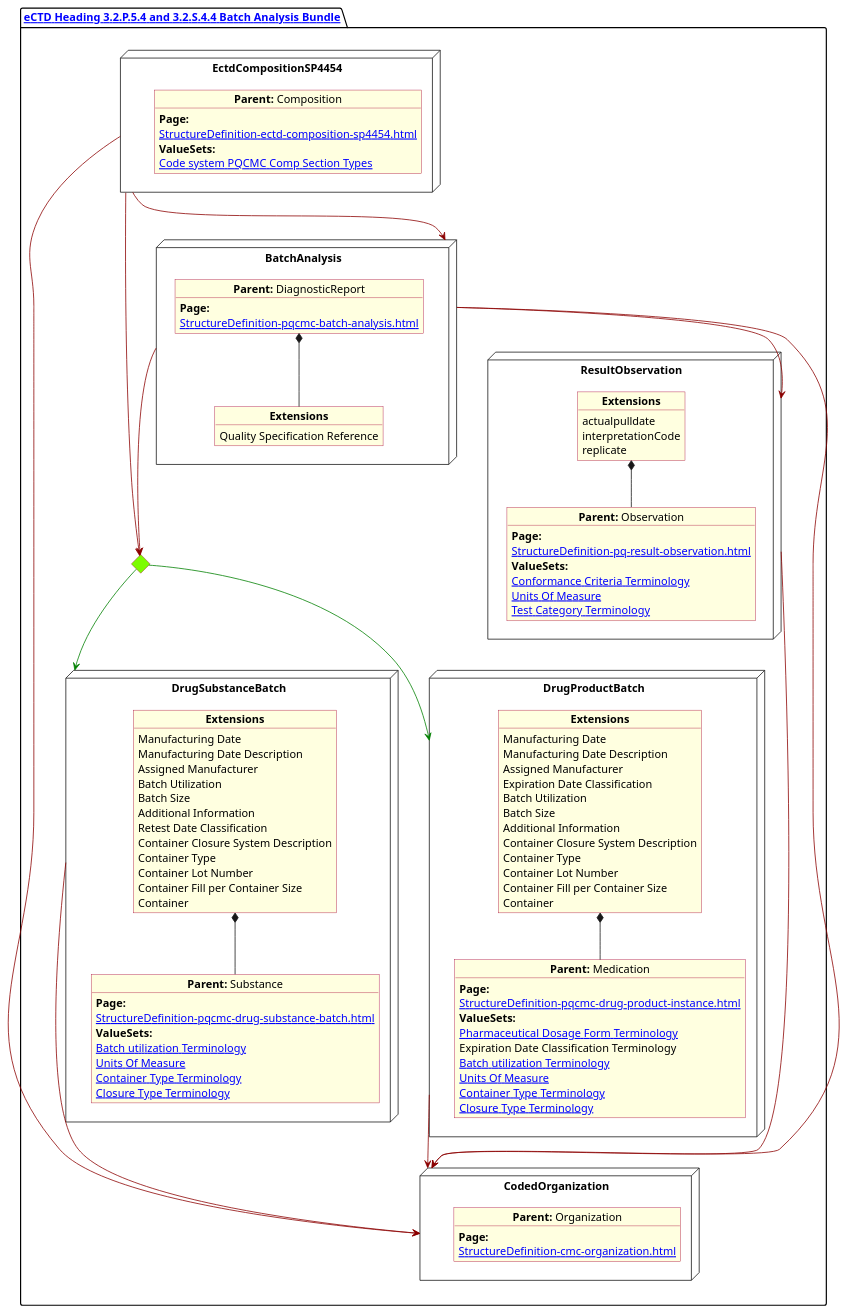
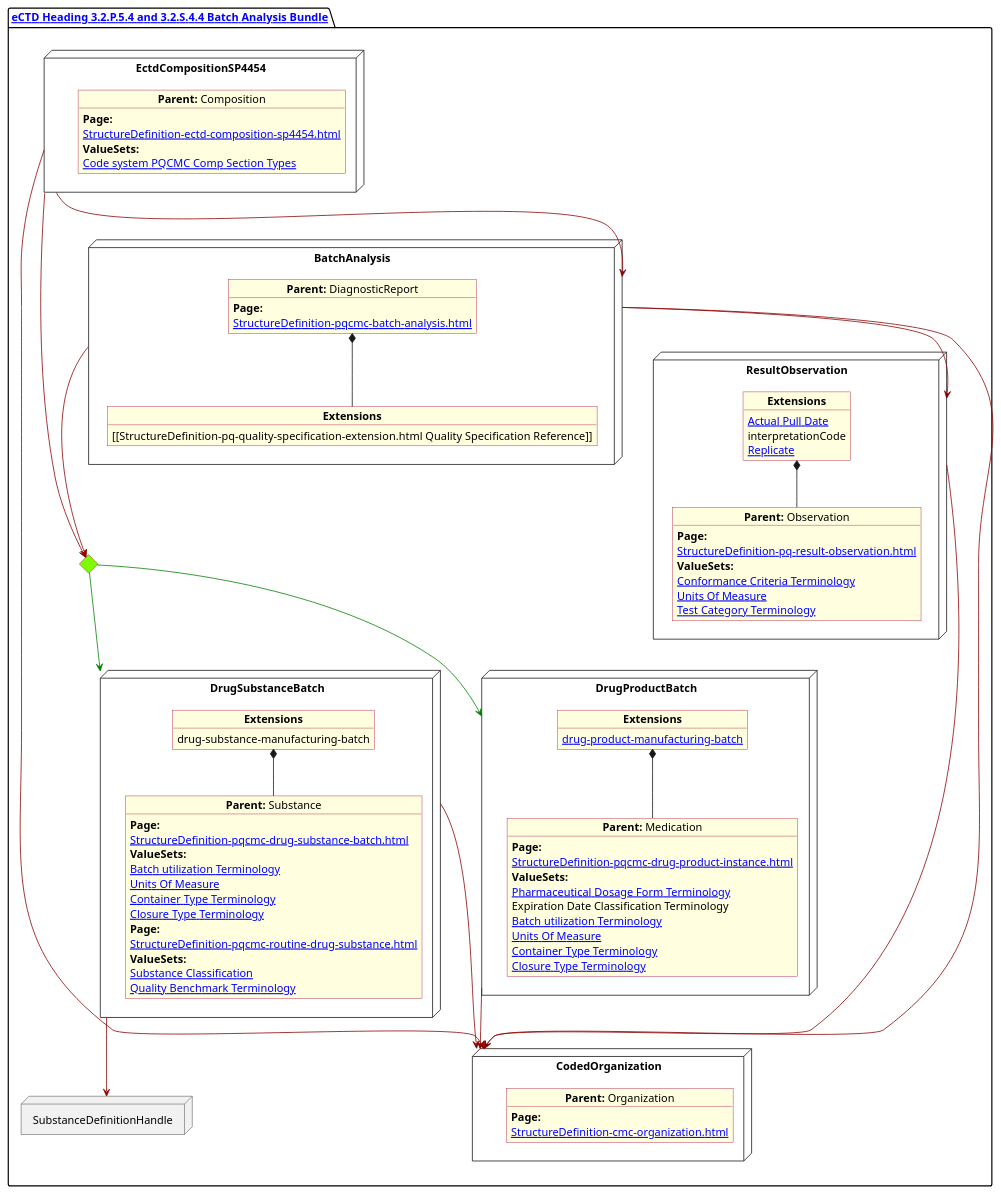
Before and after one commit to HL7/FHIR-us-pq-cmc-fda: the diagram in input/images-source/BatchAnalysis.plantuml, drawn with PlantUML. The commit also changed 1 other file, not shown here.

Commit message:
edits to batch analysis image

```diff
--- a/input/images-source/BatchAnalysis.plantuml
+++ b/input/images-source/BatchAnalysis.plantuml
@@ -1,139 +1,131 @@
 @startuml BatchAnalysis
 allowmixing
 'Mixed model of use case and object
 skinparam svgDimensionStyle false
 skinparam ObjectBackgroundColor LightYellow
 skinparam ObjectBorderColor #A80036
 skinparam activityDiamondBorderColor #A80036
 skinparam activityDiamondBackgroundColor lawnGreen
 skinparam ClassBorderThickness 4
 
 
 package "[[StructureDefinition-cmc-ectd-document-sp4454.html eCTD Heading 3.2.P.5.4 and 3.2.S.4.4 Batch Analysis Bundle]]" as NODES {
+  
   node "DrugProductBatch" as NN {
 
     object "**Parent:** Medication" as obj3 {
       **Page:**
       [[StructureDefinition-pqcmc-drug-product-instance.html]]
       **ValueSets:**
       [[ValueSet-spl-pharmaceutical-dosage-form-terminology.html Pharmaceutical Dosage Form Terminology]]
       Expiration Date Classification Terminology
       [[ValueSet-pqcmc-batch-utilization-terminology.html Batch utilization Terminology]]
       [[ValueSet-pqcmc-units-of-measure.html Units Of Measure]]
       [[ValueSet-pqcmc-container-type-terminology.html Container Type Terminology]]
       [[ValueSet-pqcmc-closure-type-terminology.html Closure Type Terminology]]
 
     }
 
     object "**Extensions**" as objExsBatch  {
-      Manufacturing Date
-      Manufacturing Date Description
-      Assigned Manufacturer
-      Expiration Date Classification
-      Batch Utilization
-      Batch Size
-      Additional Information
-      Container Closure System Description
-      Container Type
-      Container Lot Number
-      Container Fill per Container Size
-      Container
+      [[StructureDefinition-drug-product-manufacturing-batch.html drug-product-manufacturing-batch]]
     }
     objExsBatch *-- obj3
   }
   node "BatchAnalysis" as N2 {
 
 
     object "**Parent:** DiagnosticReport" as obj2 {
       **Page:**
       [[StructureDefinition-pqcmc-batch-analysis.html]]
     }
     object "**Extensions**" as objQSEx {
-      Quality Specification Reference
+      [[StructureDefinition-pq-quality-specification-extension.html  Quality Specification Reference]]
 
     }
     obj2 *-- objQSEx
   }
   node "CodedOrganization" as NSO {
 
     object "**Parent:** Organization" as objAu {
       **Page:**
       [[StructureDefinition-cmc-organization.html]]
       
     }
   }
   diamond CH
 
   node "DrugSubstanceBatch" as NNS {
 
     object "**Parent:** Substance" as obj4 {
       **Page:**
       [[StructureDefinition-pqcmc-drug-substance-batch.html]]
       **ValueSets:**
       [[ValueSet-pqcmc-batch-utilization-terminology.html Batch utilization Terminology]]
       [[ValueSet-pqcmc-units-of-measure.html Units Of Measure]]
       [[ValueSet-pqcmc-container-type-terminology.html Container Type Terminology]]
       [[ValueSet-pqcmc-closure-type-terminology.html Closure Type Terminology]]
     }
     object "**Extensions**" as objExs2 {
-      Manufacturing Date
-      Manufacturing Date Description
-      Assigned Manufacturer
-      Batch Utilization
-      Batch Size
-      Additional Information
-      Retest Date Classification
-      Container Closure System Description
-      Container Type
-      Container Lot Number
-      Container Fill per Container Size
-      Container
+ drug-substance-manufacturing-batch
     }
 
     objExs2 *-- obj4
+  }
+
+    node "SubstanceDefinitionHandle" as NNSH {
+
+    object "**Parent:** SubstanceDefinition" as obj4 {
+      **Page:**
+      [[StructureDefinition-pqcmc-routine-drug-substance.html]]
+      **ValueSets:**
+      [[ValueSet-substance-classification.html Substance Classification]]
+      [[ValueSet-pqcmc-quality-benchmark-terminology.html Quality Benchmark Terminology]]
+    }
+
   }
 
   node "ResultObservation" as NNOBS {
 
     object "**Parent:** Observation" as observ3 {
       **Page:**
       [[StructureDefinition-pq-result-observation.html]]
       **ValueSets:**
       [[ValueSet-pqcmc-conformance-to-criteria-terminology.html Conformance Criteria Terminology]]
       [[ValueSet-pqcmc-units-of-measure.html Units Of Measure]]
       [[ValueSet-pqcmc-test-category-terminology.html Test Category Terminology]]
     }
     object "**Extensions**" as objExsObserv  {
-      actualpulldate
+      [[StructureDefinition-pq-pullDate-extension.html Actual Pull Date]]
       interpretationCode
-      replicate
+      [[StructureDefinition-pq-replicate-extension.html Replicate]]
     }
     objExsObserv *-- observ3
   }
 
 
   node "EctdCompositionSP4454" as N1 {
 
     object "**Parent:** Composition" as obj1 {
       **Page:**
       [[StructureDefinition-ectd-composition-sp4454.html]]
       **ValueSets:**
       [[ValueSet-cmc-comp-section-types-vs.html Code system PQCMC Comp Section Types]]
     }
   }
 
 
   N1 -[#darkred]-> CH
   N1 -[#darkred]--> N2
   N1 -[#darkred]--> NSO
   CH -[#green]-> NNS
   CH -[#green]-> NN
   NNS -[#darkred]--> NSO
+  NNS -[#darkred]-->NNSH
   NN -[#darkred]--> NSO
   N2 -[#darkred]--> CH
   N2 -[#darkred]--> NSO
   N2 -[#darkred]-> NNOBS
   NNOBS -[#darkred]--> NSO
 
 }
 @enduml
```
